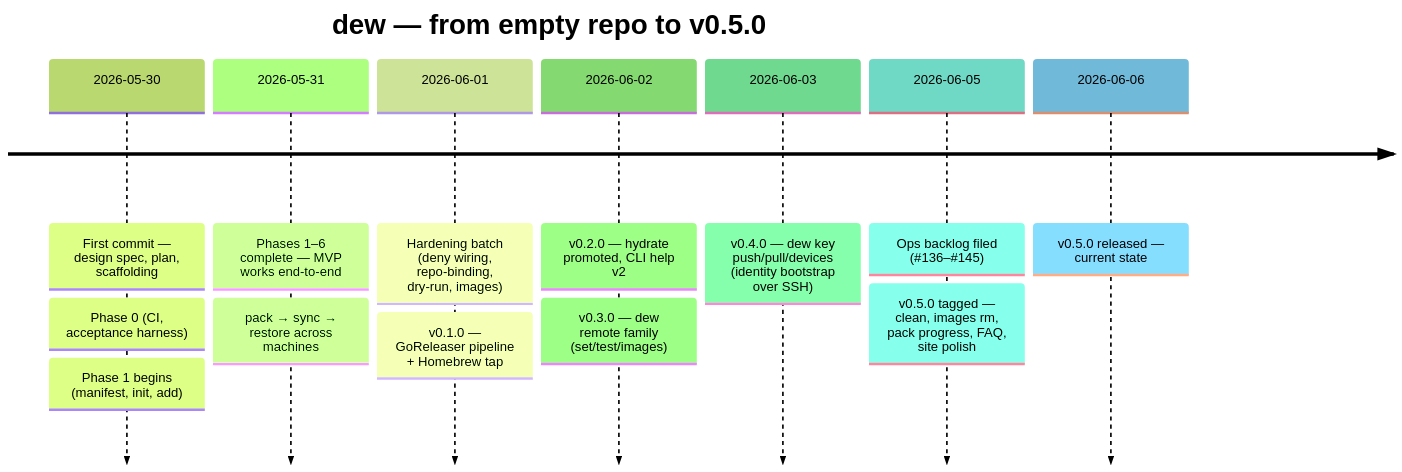
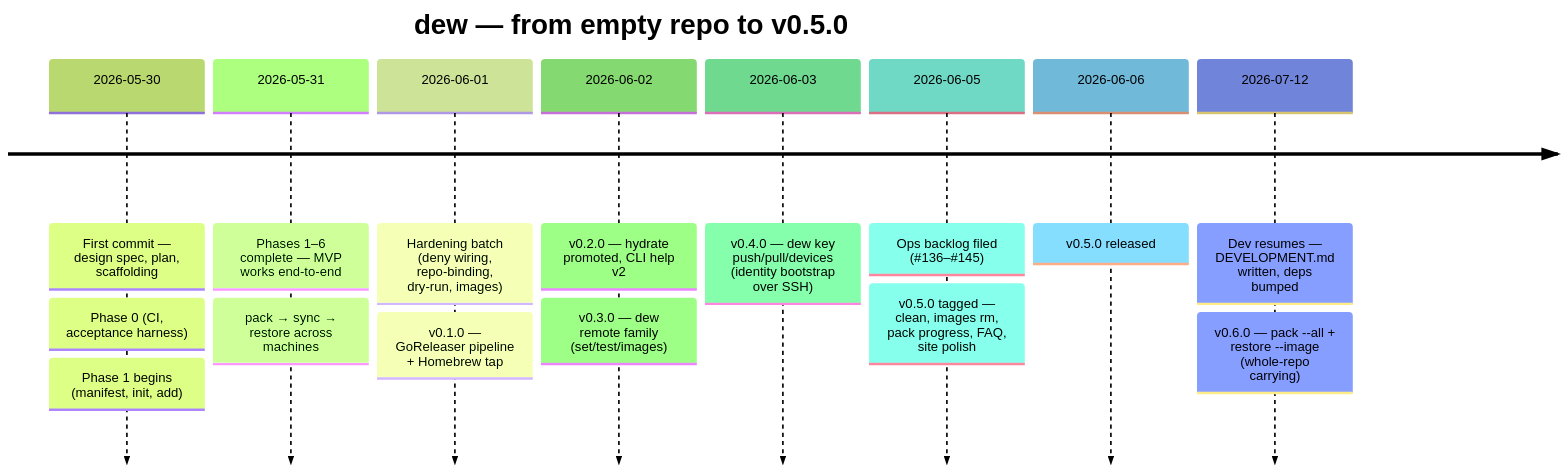
One commit to vedanta/dew changed the second of 3 diagrams in docs/DEVELOPMENT.md. Above: the diagram before and after it, drawn with Mermaid (forest theme). The commit also changed other lines of this file and 1 other file, not shown here.

````diff
--- a/docs/DEVELOPMENT.md
+++ b/docs/DEVELOPMENT.md
@@ -126,11 +127,12 @@
 ```mermaid
 timeline
     title dew — from empty repo to v0.5.0
     2026-05-30 : First commit — design spec, plan, scaffolding : Phase 0 (CI, acceptance harness) : Phase 1 begins (manifest, init, add)
     2026-05-31 : Phases 1–6 complete — MVP works end-to-end : pack → sync → restore across machines
     2026-06-01 : Hardening batch (deny wiring, repo-binding, dry-run, images) : v0.1.0 — GoReleaser pipeline + Homebrew tap
     2026-06-02 : v0.2.0 — hydrate promoted, CLI help v2 : v0.3.0 — dew remote family (set/test/images)
     2026-06-03 : v0.4.0 — dew key push/pull/devices (identity bootstrap over SSH)
     2026-06-05 : Ops backlog filed (#136–#145) : v0.5.0 tagged — clean, images rm, pack progress, FAQ, site polish
-    2026-06-06 : v0.5.0 released — current state
+    2026-06-06 : v0.5.0 released
+    2026-07-12 : Dev resumes — DEVELOPMENT.md written, deps bumped : v0.6.0 — pack --all + restore --image (whole-repo carrying)
 ```
````
